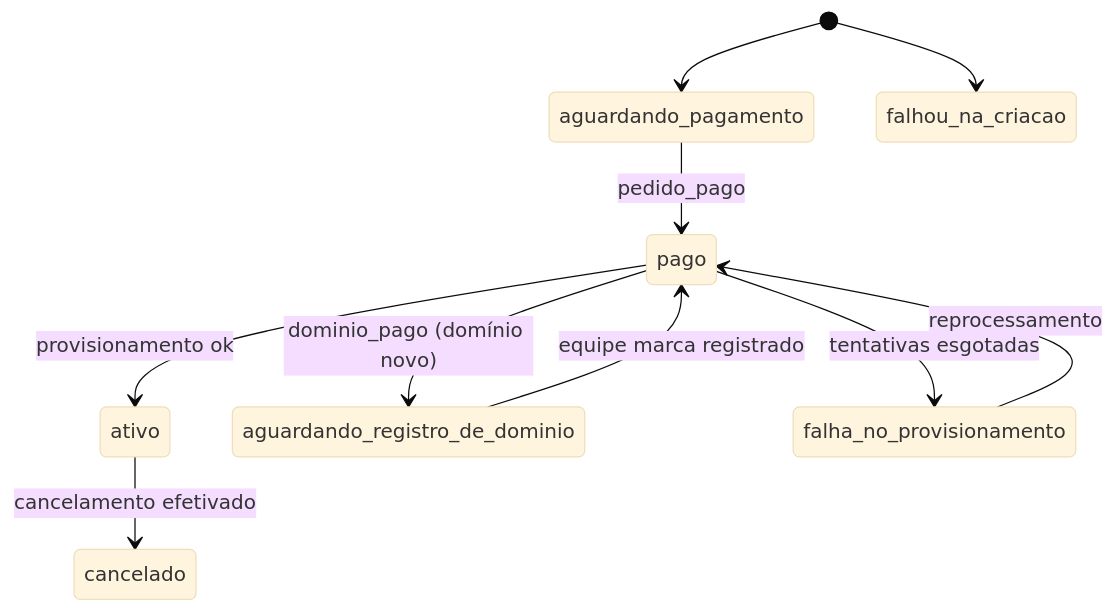
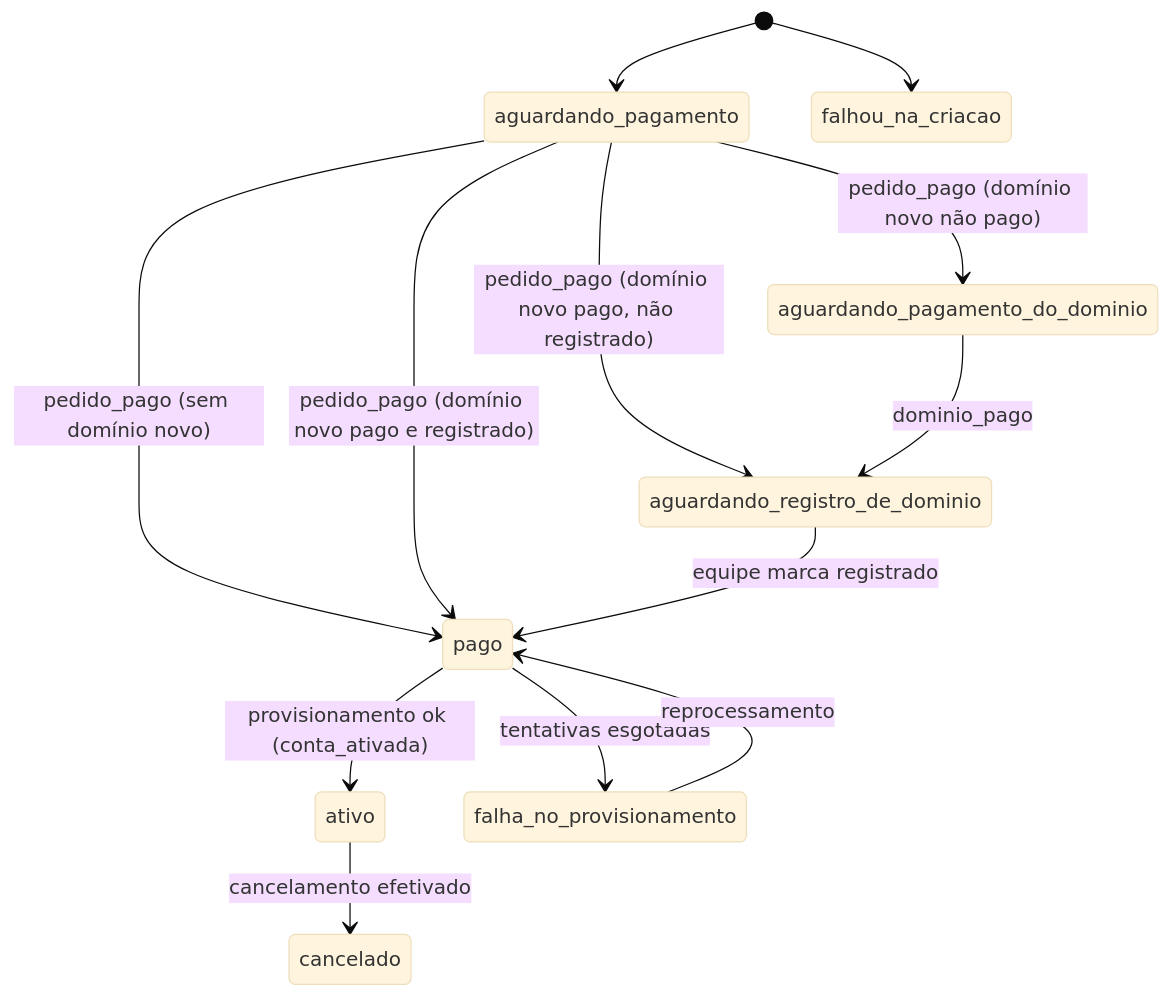
One commit to cittecnologia/citmail changed the second of 3 diagrams in docs/adr/anexos/modelo-de-dados.md. Above: the diagram before and after it, drawn with Mermaid (base theme). The commit also changed other lines of this file and 15 other files, not shown here.

````diff
--- a/docs/adr/anexos/modelo-de-dados.md
+++ b/docs/adr/anexos/modelo-de-dados.md
@@ -126,12 +140,15 @@
 ```mermaid
 stateDiagram-v2
   [*] --> aguardando_pagamento
   [*] --> falhou_na_criacao
-  aguardando_pagamento --> pago: pedido_pago
-  pago --> ativo: provisionamento ok
-  pago --> aguardando_registro_de_dominio: dominio_pago (domínio novo)
+  aguardando_pagamento --> pago: pedido_pago (sem domínio novo)
+  aguardando_pagamento --> aguardando_pagamento_do_dominio: pedido_pago (domínio novo não pago)
+  aguardando_pagamento --> aguardando_registro_de_dominio: pedido_pago (domínio novo pago, não registrado)
+  aguardando_pagamento --> pago: pedido_pago (domínio novo pago e registrado)
+  aguardando_pagamento_do_dominio --> aguardando_registro_de_dominio: dominio_pago
   aguardando_registro_de_dominio --> pago: equipe marca registrado
+  pago --> ativo: provisionamento ok (conta_ativada)
   pago --> falha_no_provisionamento: tentativas esgotadas
   falha_no_provisionamento --> pago: reprocessamento
   ativo --> cancelado: cancelamento efetivado
 ```
````
